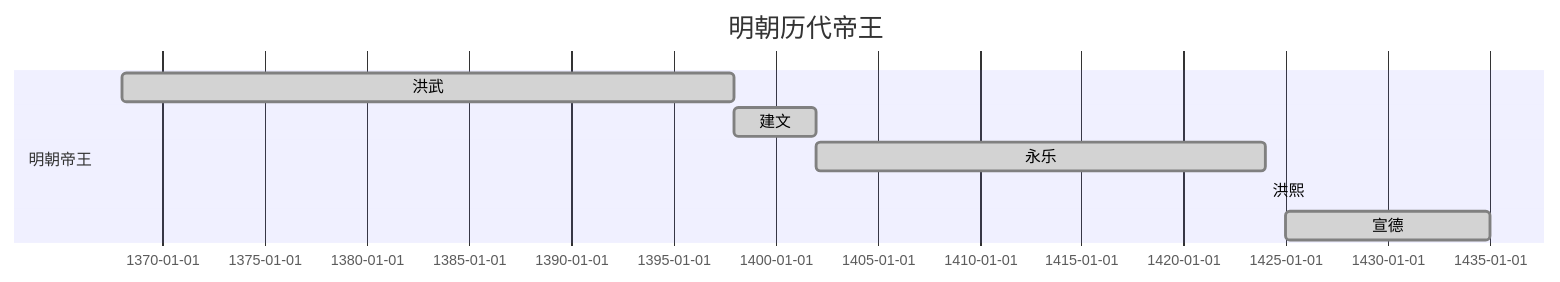
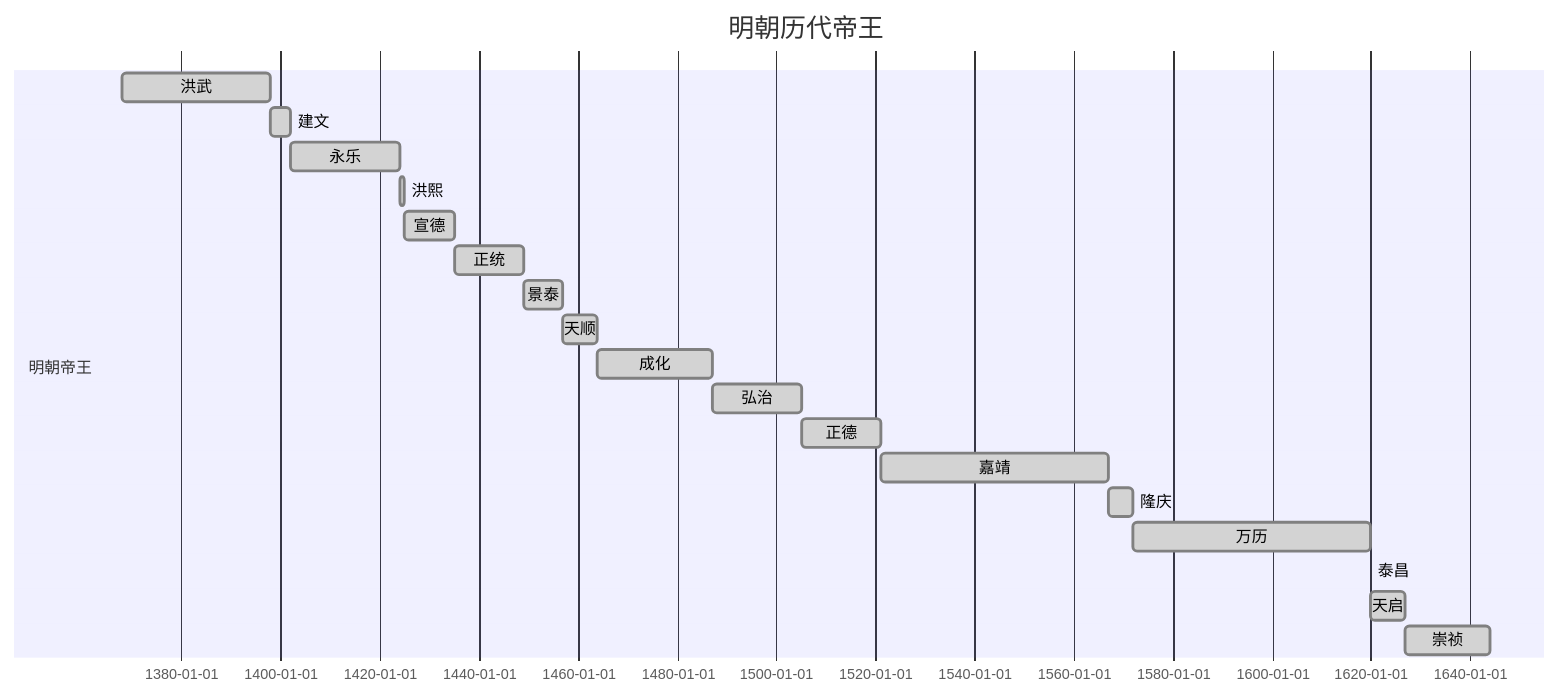
Before and after one commit to pemglee/HistoryNotes: the first of 2 diagrams in NoteList.md, drawn with Mermaid.

Commit message:
added some th. into Kings list

````diff
--- a/NoteList.md
+++ b/NoteList.md
@@ -15,12 +15,24 @@
 ```mermaid
 gantt
 dateformat YYYY
 title 明朝历代帝王
 
 section 明朝帝王
 洪武: done, 朱元璋, 1368, 1398
 建文: done, 朱允炆, 1398, 1402
 永乐: done, 朱棣, 1402, 1424
-洪熙: done, 朱高炽, 1424, 1424
+洪熙: done, 朱高炽, 1424, 1425
 宣德: done, 朱瞻基, 1425, 1435
+正统: done, 朱祁镇, 1435, 1449
+景泰: done, 朱祁钰, 1449, 1457
+天顺: done, 朱祁镇, 1457, 1464
+成化: done, 朱见深, 1464, 1487
+弘治: done, 朱祐樘, 1487, 1505
+正德: done, 朱厚照, 1505, 1521
+嘉靖: done, 朱厚熜, 1521, 1567
+隆庆: done, 朱载坖, 1567, 1572
+万历: done, 朱翊钧, 1572, 1620
+泰昌: done, 朱常洛, 1620, 1620
+天启: done, 朱由校, 1620, 1627
+崇祯: done, 朱由检, 1627, 1644
 ```
````
